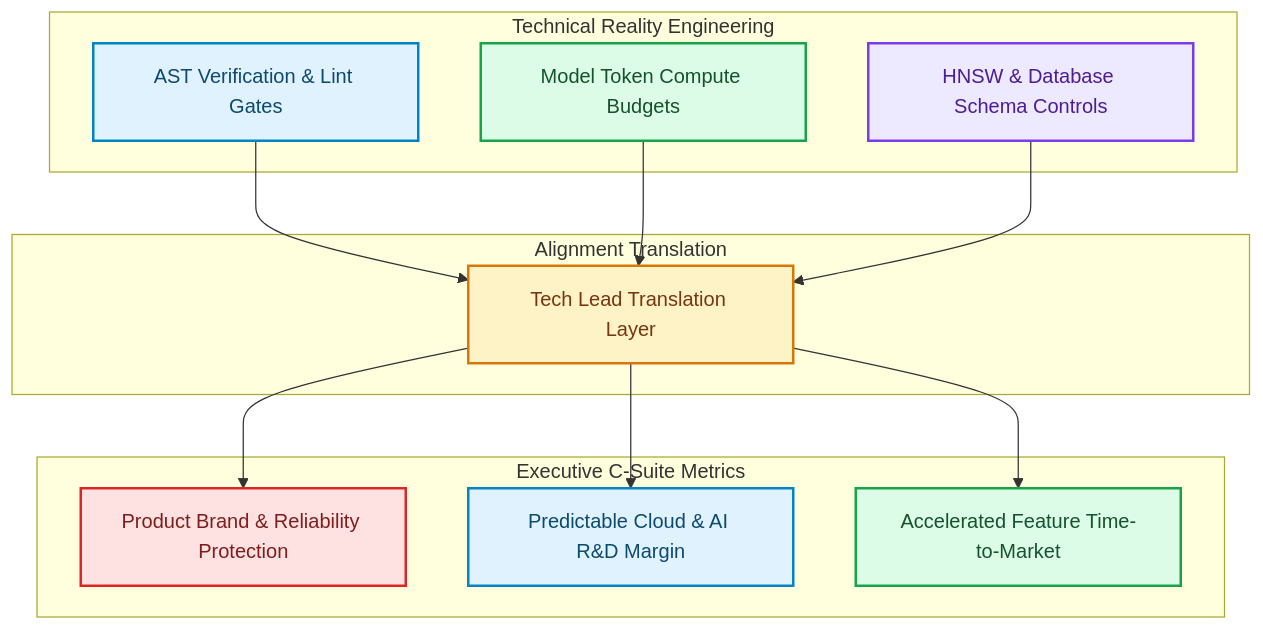
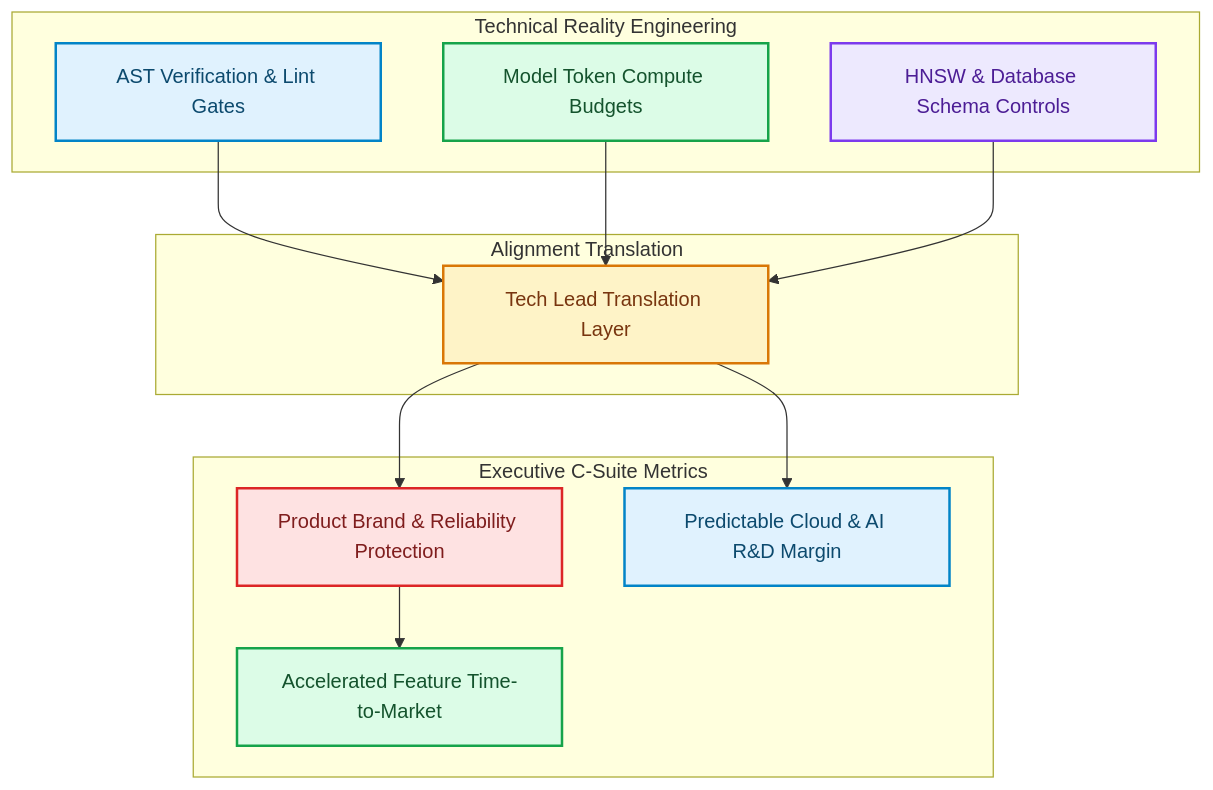
One commit to akmalkhaniub/akmalkhaniub.github.io changed the diagram in blog/posts/tech-lead-cross-functional-alignment-executive-stakeholders.md. Above: the diagram before and after it, drawn with Mermaid. The commit also changed other lines of this file and 894 other files, not shown here.

Commit message:
feat(blog): upgrade all 444 posts with unique staggered dates, 2-col Mermaid spines, benchmark tables, code blocks, and trade-offs

````diff
--- a/blog/posts/tech-lead-cross-functional-alignment-executive-stakeholders.md
+++ b/blog/posts/tech-lead-cross-functional-alignment-executive-stakeholders.md
@@ -17,33 +17,33 @@
 ```mermaid
 flowchart TD
   subgraph SG1_TechnicalRealityEngineering ["Technical Reality Engineering"]
     A["AST Verification & Lint Gates"]
     B["Model Token Compute Budgets"]
     C["HNSW & Database Schema Controls"]
   end
   subgraph SG2_AlignmentTranslation ["Alignment Translation"]
     D["Tech Lead Translation Layer"]
   end
   subgraph SG3_ExecutiveCSuite ["Executive C-Suite Metrics"]
     E["Product Brand & Reliability Protection"]
     F["Predictable Cloud & AI R&D Margin"]
     G["Accelerated Feature Time-to-Market"]
   end
   A --> D
   B --> D
   C --> D
   D --> E
   D --> F
-  D --> G
+  E --> G
 
 classDef green fill:#dcfce7,stroke:#16a34a,stroke-width:2px,color:#14532d;
 classDef red fill:#fee2e2,stroke:#dc2626,stroke-width:2px,color:#7f1d1d;
 classDef blue fill:#e0f2fe,stroke:#0284c7,stroke-width:2px,color:#0c4a6e;
 classDef yellow fill:#fef3c7,stroke:#d97706,stroke-width:2px,color:#78350f;
 classDef purple fill:#ede9fe,stroke:#7c3aed,stroke-width:2px,color:#4c1d95;
 class A,F blue
 class B,G green
 class C purple
 class D yellow
 class E red
 ```
````
